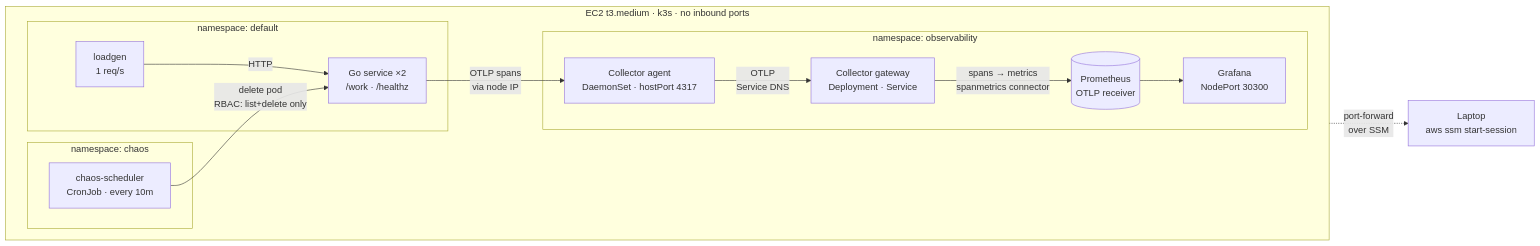
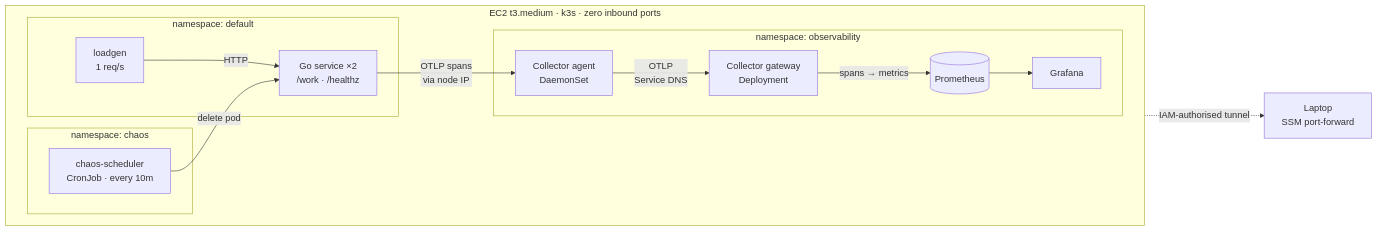
Before and after one commit to jmenzies722/chaos-gym: the diagram in README.md, drawn with Mermaid. The commit also changed other lines of this file, not shown here.

````diff
--- a/README.md
+++ b/README.md
@@ -18,32 +24,32 @@
 ```mermaid
 flowchart LR
-  laptop["Laptop<br/>aws ssm start-session"]
+  laptop["Laptop<br/>SSM port-forward"]
 
-  subgraph ec2["EC2 t3.medium · k3s · no inbound ports"]
+  subgraph ec2["EC2 t3.medium · k3s · zero inbound ports"]
     direction LR
 
     subgraph ns_default["namespace: default"]
       load["loadgen<br/>1 req/s"]
       app["Go service ×2<br/>/work · /healthz"]
     end
 
     subgraph ns_chaos["namespace: chaos"]
       chaos["chaos-scheduler<br/>CronJob · every 10m"]
     end
 
     subgraph ns_obs["namespace: observability"]
-      agent["Collector agent<br/>DaemonSet · hostPort 4317"]
-      gw["Collector gateway<br/>Deployment · Service"]
-      prom[("Prometheus<br/>OTLP receiver")]
-      graf["Grafana<br/>NodePort 30300"]
+      agent["Collector agent<br/>DaemonSet"]
+      gw["Collector gateway<br/>Deployment"]
+      prom[("Prometheus")]
+      graf["Grafana"]
     end
   end
 
   load -->|HTTP| app
   app -->|"OTLP spans<br/>via node IP"| agent
   agent -->|"OTLP<br/>Service DNS"| gw
-  gw -->|"spans → metrics<br/>spanmetrics connector"| prom
+  gw -->|"spans → metrics"| prom
   prom --> graf
-  graf -.->|"port-forward<br/>over SSM"| laptop
-  chaos -->|"delete pod<br/>RBAC: list+delete only"| app
+  graf -.->|"IAM-authorised tunnel"| laptop
+  chaos -->|"delete pod"| app
 ```
````
